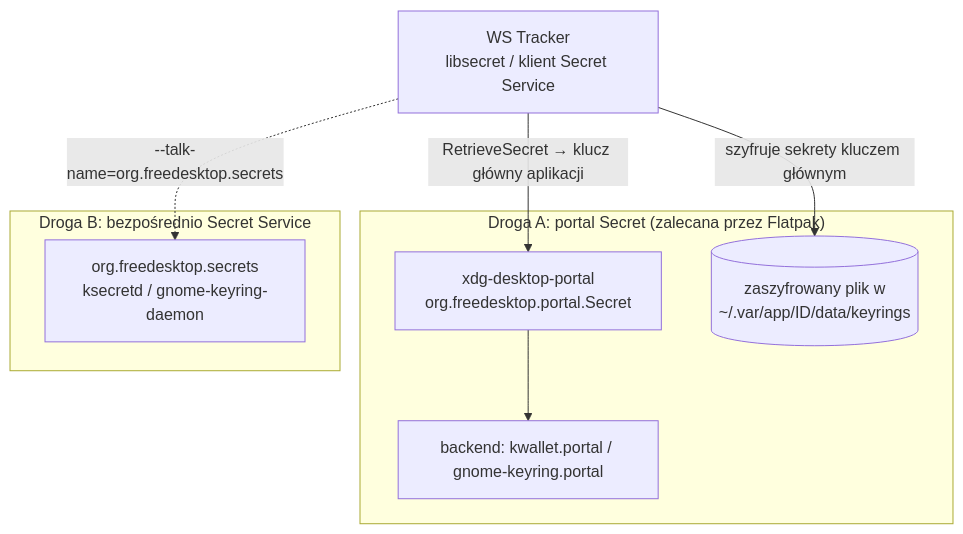
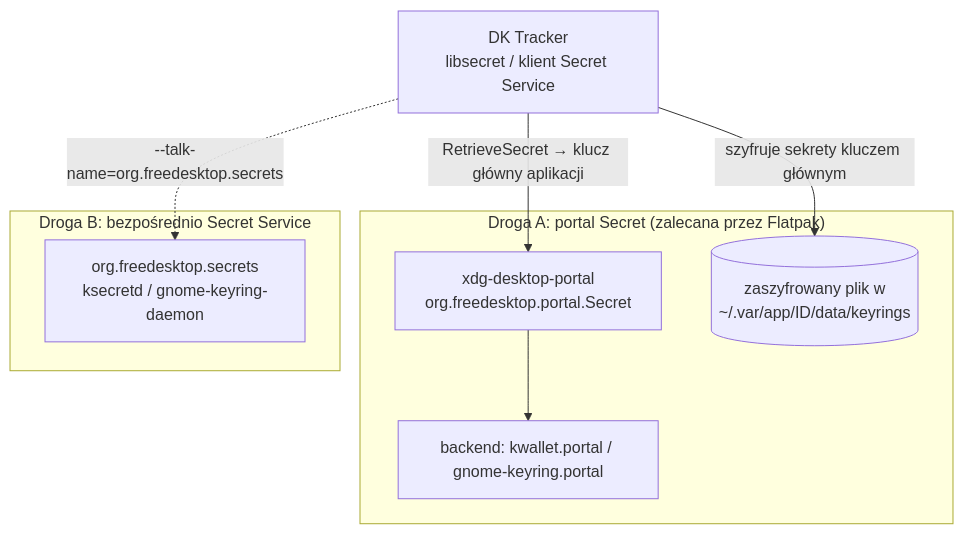
Before and after one commit to DragonKing026/DK-Tracker-Linux: the diagram in docs/integracje/secret-service.md, drawn with Mermaid. The commit also changed other lines of this file and 73 other files, not shown here.

````diff
--- a/docs/integracje/secret-service.md
+++ b/docs/integracje/secret-service.md
@@ -28,15 +28,15 @@
 ```mermaid
 flowchart TB
-    APP[WS Tracker<br/>libsecret / klient Secret Service]
+    APP[DK Tracker<br/>libsecret / klient Secret Service]
     subgraph A["Droga A: portal Secret (zalecana przez Flatpak)"]
         P[xdg-desktop-portal<br/>org.freedesktop.portal.Secret]
         PB[backend: kwallet.portal / gnome-keyring.portal]
         F[(zaszyfrowany plik w<br/>~/.var/app/ID/data/keyrings)]
     end
     subgraph B["Droga B: bezpośrednio Secret Service"]
         SS[org.freedesktop.secrets<br/>ksecretd / gnome-keyring-daemon]
     end
     APP -- "RetrieveSecret → klucz główny aplikacji" --> P --> PB
     APP -- "szyfruje sekrety kluczem głównym" --> F
     APP -. "--talk-name=org.freedesktop.secrets" .-> SS
 ```
````
